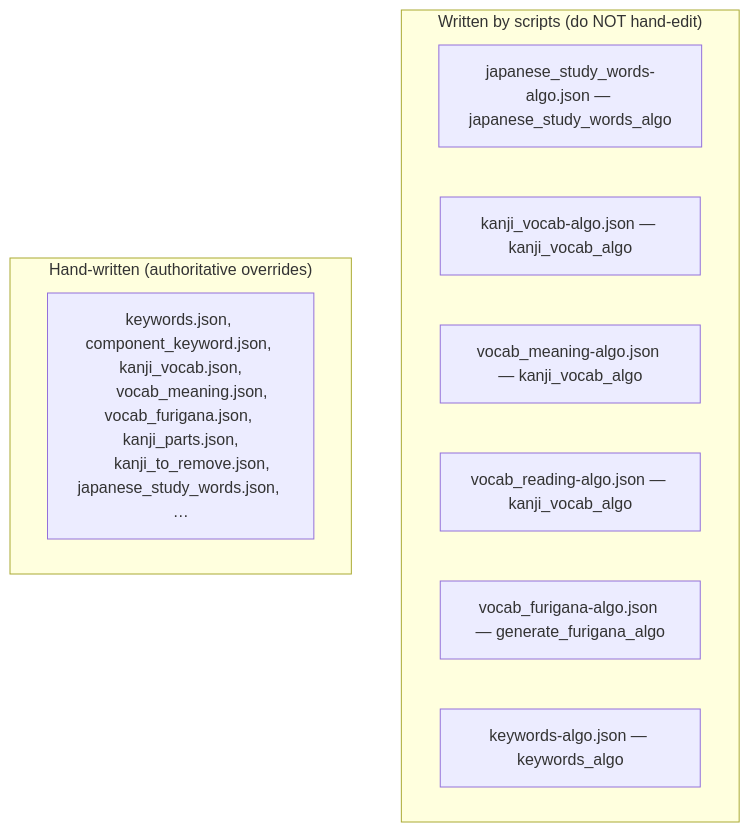
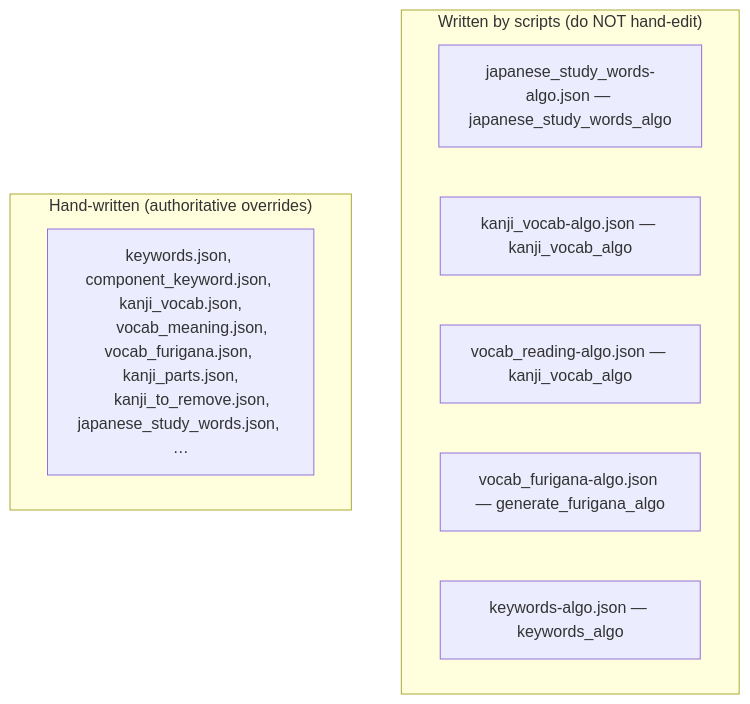
One commit to PikaPikaGems/kanji-heatmap-data changed the third of 8 diagrams in notes/flowchart.md. Above: the diagram before and after it, drawn with Mermaid. The commit also changed other lines of this file and 6 other files, not shown here.

````diff
--- a/notes/flowchart.md
+++ b/notes/flowchart.md
@@ -182,16 +179,15 @@
 ```mermaid
 flowchart TB
     subgraph ALGO["Written by scripts (do NOT hand-edit)"]
       a1["japanese_study_words-algo.json — japanese_study_words_algo"]
       a2["kanji_vocab-algo.json — kanji_vocab_algo"]
-      a3["vocab_meaning-algo.json — kanji_vocab_algo"]
       a4["vocab_reading-algo.json — kanji_vocab_algo"]
       a5["vocab_furigana-algo.json — generate_furigana_algo"]
       a6["keywords-algo.json — keywords_algo"]
     end
     subgraph MANUAL["Hand-written (authoritative overrides)"]
       m1["keywords.json, component_keyword.json, kanji_vocab.json,
       vocab_meaning.json, vocab_furigana.json, kanji_parts.json,
       kanji_to_remove.json, japanese_study_words.json, …"]
     end
 ```
````
